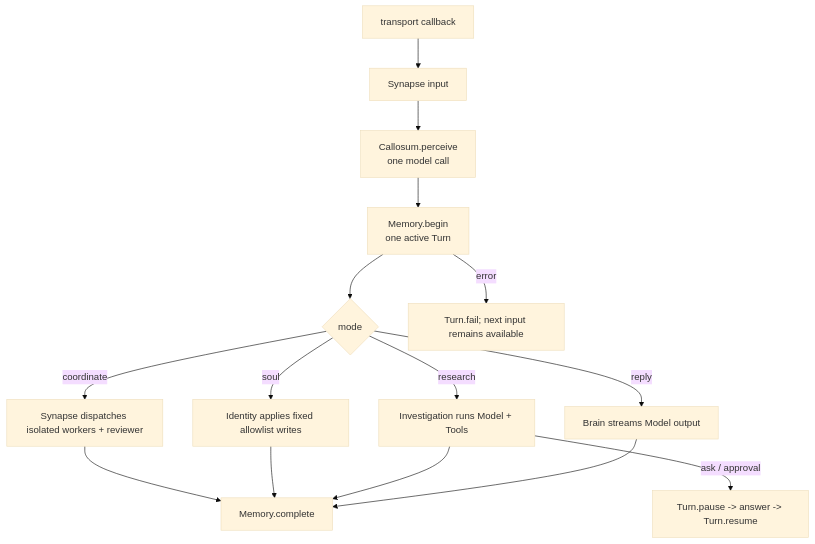
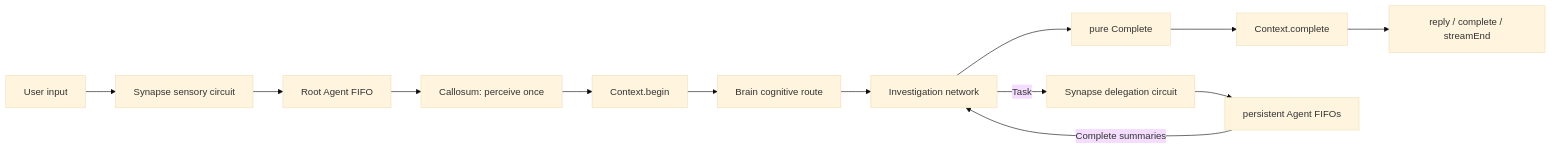
One commit to flyflor/flyflor changed the diagram in README.md. Above: the diagram before and after it, drawn with Mermaid (base theme). The commit also changed other lines of this file and 91 other files, not shown here.

````diff
--- a/README.md
+++ b/README.md
@@ -51,17 +44,16 @@
 ```mermaid
-flowchart TD
-    Input["transport callback"] --> Synapse["Synapse input"]
-    Synapse --> Perceive["Callosum.perceive<br/>one model call"]
-    Perceive --> Turn["Memory.begin<br/>one active Turn"]
-    Turn --> Mode{"mode"}
-    Mode -->|reply| Reply["Brain streams Model output"]
-    Mode -->|research| Research["Investigation runs Model + Tools"]
-    Mode -->|soul| Identity["Identity applies fixed allowlist writes"]
-    Mode -->|coordinate| Coordinate["Synapse dispatches isolated workers + reviewer"]
-    Reply --> Complete["Memory.complete"]
-    Research --> Complete
-    Identity --> Complete
-    Coordinate --> Complete
-    Research -->|ask / approval| Pause["Turn.pause -> answer -> Turn.resume"]
-    Turn -->|error| Fail["Turn.fail; next input remains available"]
+flowchart LR
+    Input["User input"] --> Sensory["Synapse sensory circuit"]
+    Sensory --> Root["Root Agent FIFO"]
+    Root --> Perception["Callosum: perceive once"]
+    Perception --> Context["Context.begin"]
+    Context --> Brain["Brain cognitive route"]
+    Brain --> Investigation["Investigation network"]
+    Investigation --> Complete["pure Complete"]
+    Complete --> Store["Context.complete"]
+    Store --> Expression["reply / complete / streamEnd"]
+
+    Investigation -->|Task| Delegation["Synapse delegation circuit"]
+    Delegation --> Workers["persistent Agent FIFOs"]
+    Workers -->|Complete summaries| Investigation
 ```
````
